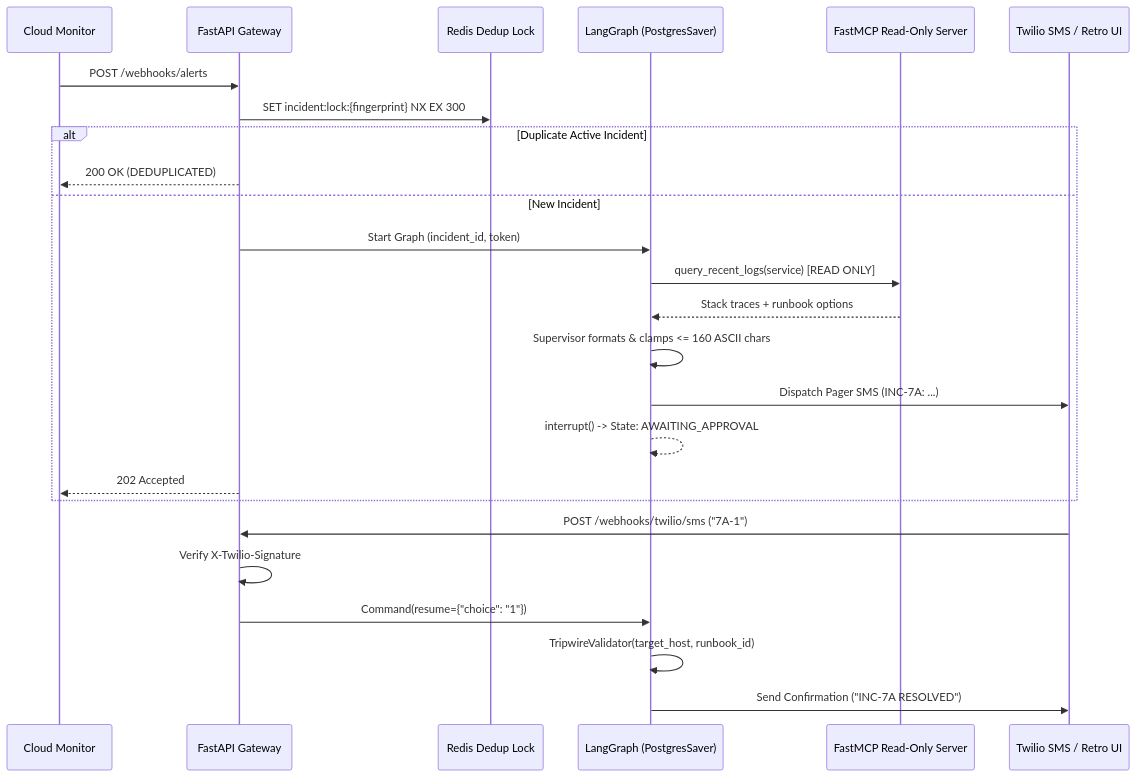
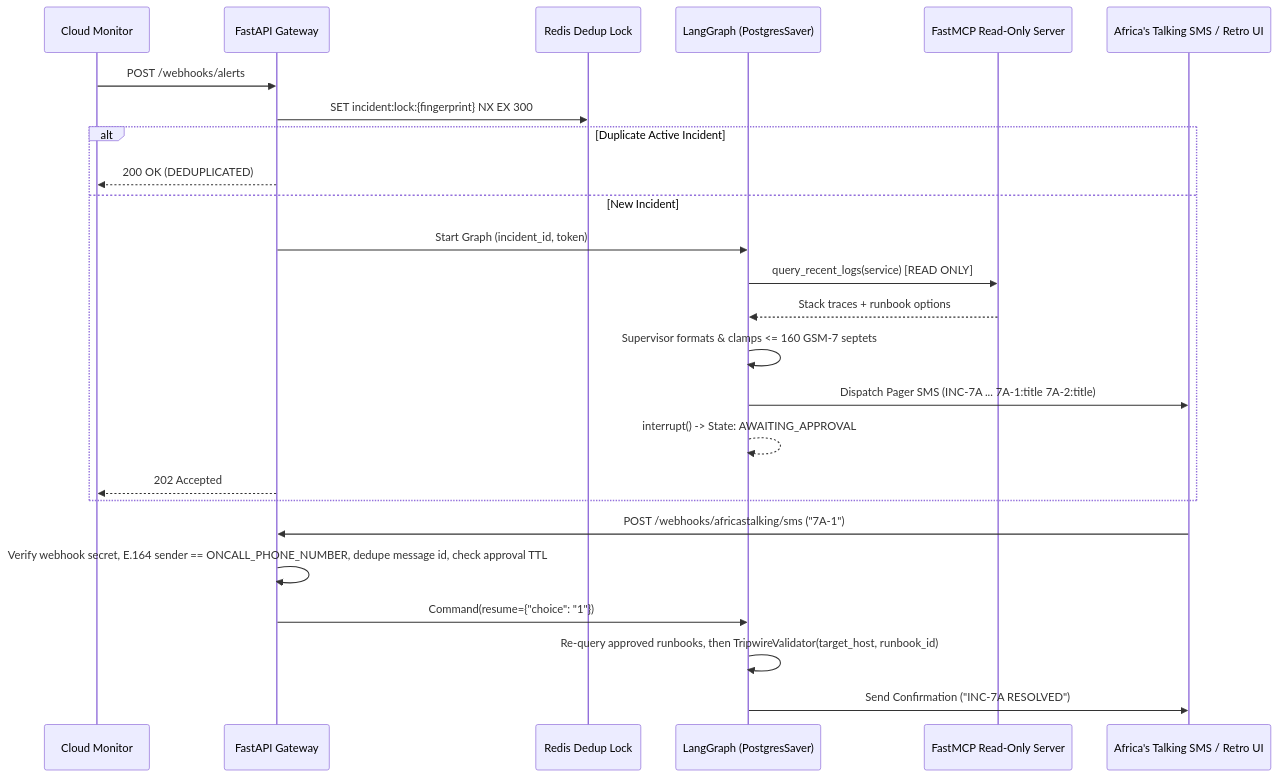
The diagram in .kiro/specs/pagemaster-core/design.md (Iwesa/pagemaster), drawn with Mermaid before and after one commit. The commit also changed other lines of this file and 35 other files, not shown here.

Commit message:
Hardening round 2: Africa's Talking SMS, GSM-7 budget, sender allowlist, TOCTOU tripwire, expiry and reconciliation, compose hardening

````diff
--- a/.kiro/specs/pagemaster-core/design.md
+++ b/.kiro/specs/pagemaster-core/design.md
@@ -8,29 +8,29 @@
 ```mermaid
 sequenceDiagram
     participant Mon as Cloud Monitor
     participant API as FastAPI Gateway
     participant Redis as Redis Dedup Lock
     participant LG as LangGraph (PostgresSaver)
     participant MCP as FastMCP Read-Only Server
-    participant SMS as Twilio SMS / Retro UI
+    participant SMS as Africa's Talking SMS / Retro UI
 
     Mon->>API: POST /webhooks/alerts
     API->>Redis: SET incident:lock:{fingerprint} NX EX 300
     alt Duplicate Active Incident
         API-->>Mon: 200 OK (DEDUPLICATED)
     else New Incident
         API->>LG: Start Graph (incident_id, token)
         LG->>MCP: query_recent_logs(service) [READ ONLY]
         MCP-->>LG: Stack traces + runbook options
-        LG->>LG: Supervisor formats & clamps <= 160 ASCII chars
-        LG->>SMS: Dispatch Pager SMS (INC-7A: ...)
+        LG->>LG: Supervisor formats & clamps <= 160 GSM-7 septets
+        LG->>SMS: Dispatch Pager SMS (INC-7A ... 7A-1:title 7A-2:title)
         LG-->>LG: interrupt() -> State: AWAITING_APPROVAL
         API-->>Mon: 202 Accepted
     end
 
-    SMS->>API: POST /webhooks/twilio/sms ("7A-1")
-    API->>API: Verify X-Twilio-Signature
+    SMS->>API: POST /webhooks/africastalking/sms ("7A-1")
+    API->>API: Verify webhook secret, E.164 sender == ONCALL_PHONE_NUMBER, dedupe message id, check approval TTL
     API->>LG: Command(resume={"choice": "1"})
-    LG->>LG: TripwireValidator(target_host, runbook_id)
+    LG->>LG: Re-query approved runbooks, then TripwireValidator(target_host, runbook_id)
     LG->>SMS: Send Confirmation ("INC-7A RESOLVED")
 ```
````
